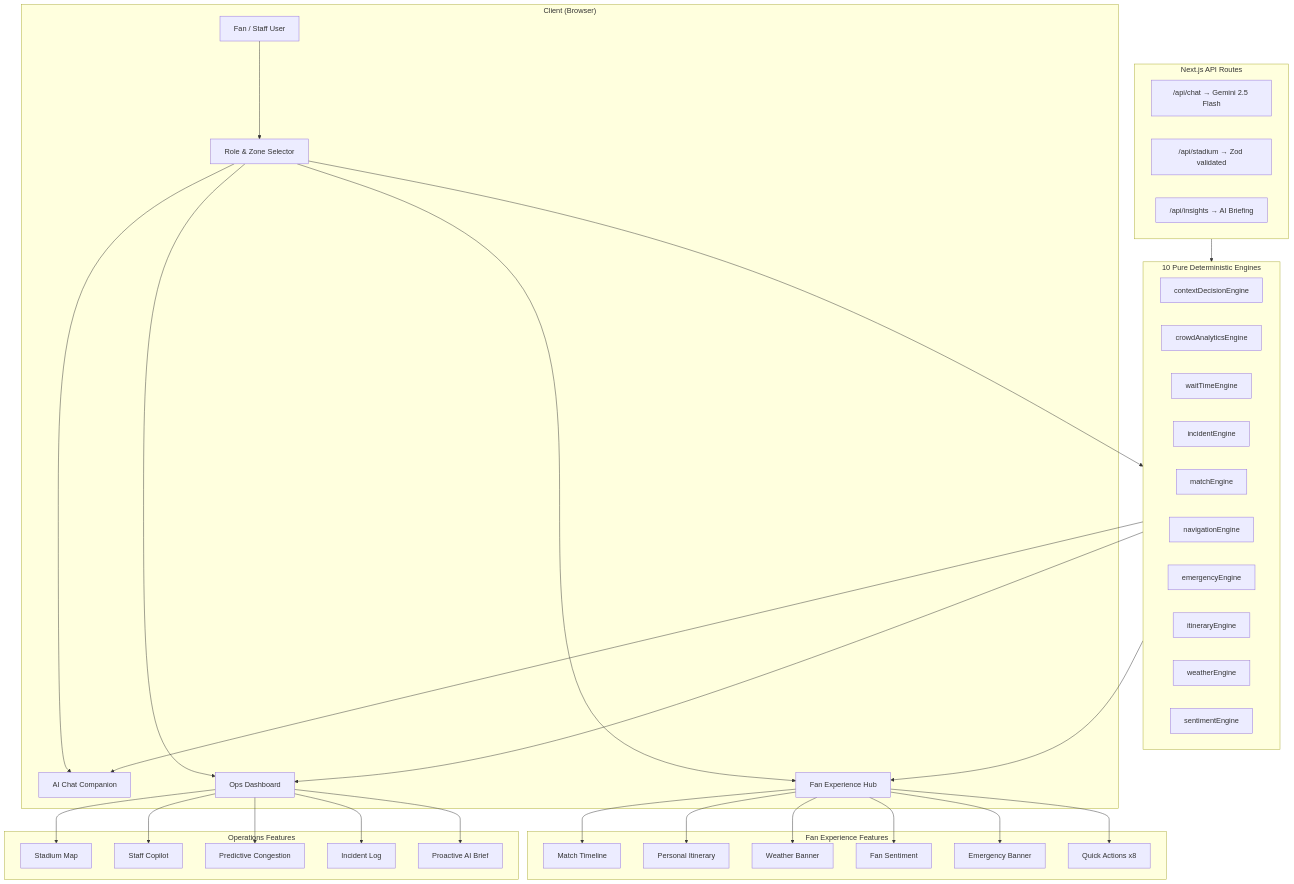
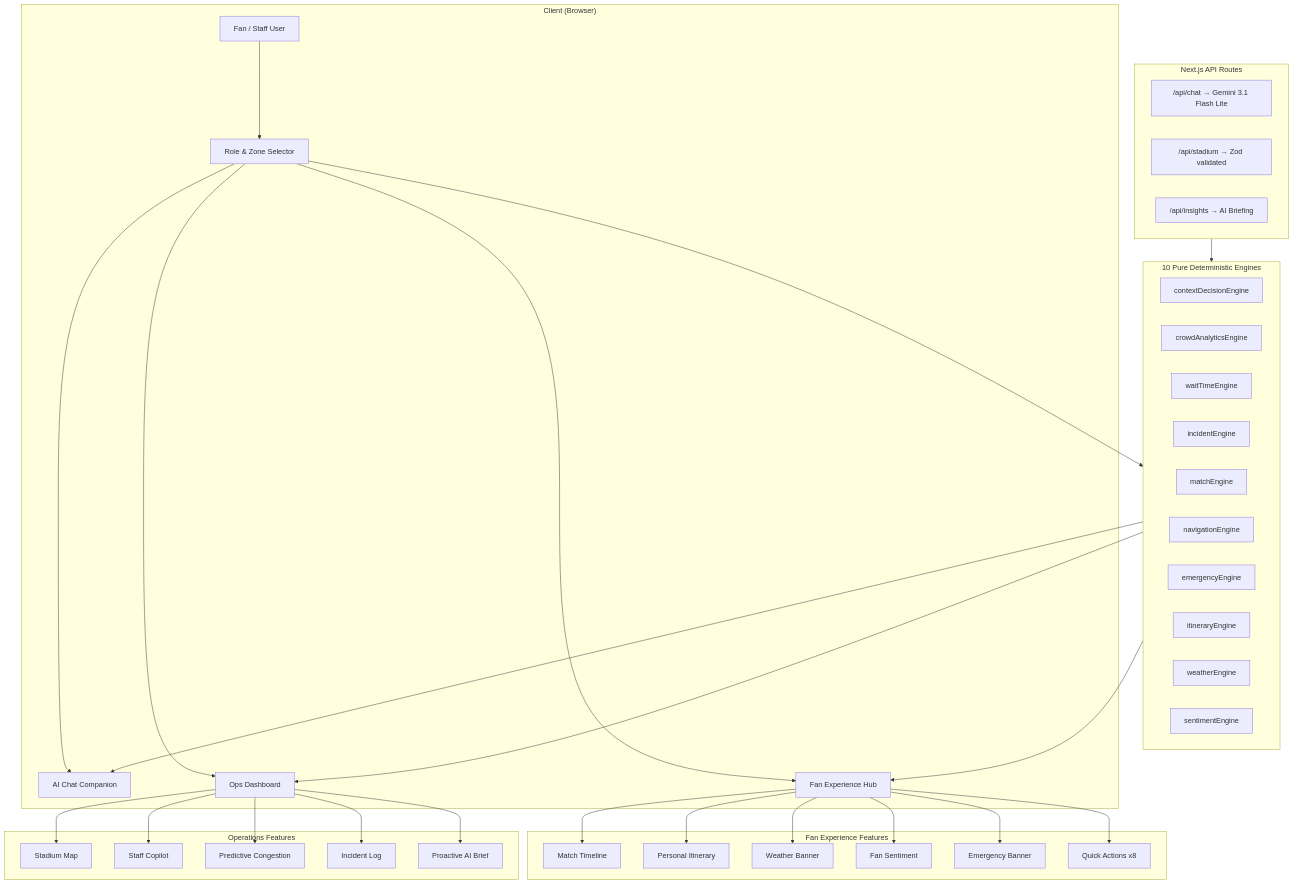
Before and after one commit to SuBhAm6G/PitchPilot: the diagram in README.md, drawn with Mermaid. The commit also changed other lines of this file and 6 other files, not shown here.

````diff
--- a/README.md
+++ b/README.md
@@ -174,51 +174,51 @@
 ```mermaid
 graph TD
     subgraph Client["Client (Browser)"]
         A["Fan / Staff User"] --> B["Role & Zone Selector"]
         B --> C["AI Chat Companion"]
         B --> D["Ops Dashboard"]
         B --> E["Fan Experience Hub"]
     end
 
     subgraph FanFeatures["Fan Experience Features"]
         E --> F1["Match Timeline"]
         E --> F2["Personal Itinerary"]
         E --> F3["Weather Banner"]
         E --> F4["Fan Sentiment"]
         E --> F5["Emergency Banner"]
         E --> F6["Quick Actions x8"]
     end
 
     subgraph OpsFeatures["Operations Features"]
         D --> G1["Stadium Map"]
         D --> G2["Staff Copilot"]
         D --> G3["Predictive Congestion"]
         D --> G4["Incident Log"]
         D --> G5["Proactive AI Brief"]
     end
 
     subgraph Engines["10 Pure Deterministic Engines"]
         H1["contextDecisionEngine"]
         H2["crowdAnalyticsEngine"]
         H3["waitTimeEngine"]
         H4["incidentEngine"]
         H5["matchEngine"]
         H6["navigationEngine"]
         H7["emergencyEngine"]
         H8["itineraryEngine"]
         H9["weatherEngine"]
         H10["sentimentEngine"]
     end
 
     subgraph Server["Next.js API Routes"]
-        I1["/api/chat → Gemini 2.5 Flash"]
+        I1["/api/chat → Gemini 3.1 Flash Lite"]
         I2["/api/stadium → Zod validated"]
         I3["/api/insights → AI Briefing"]
     end
 
     B --> Engines
     Engines --> C
     Engines --> E
     Engines --> D
     Server --> Engines
 ```
````
